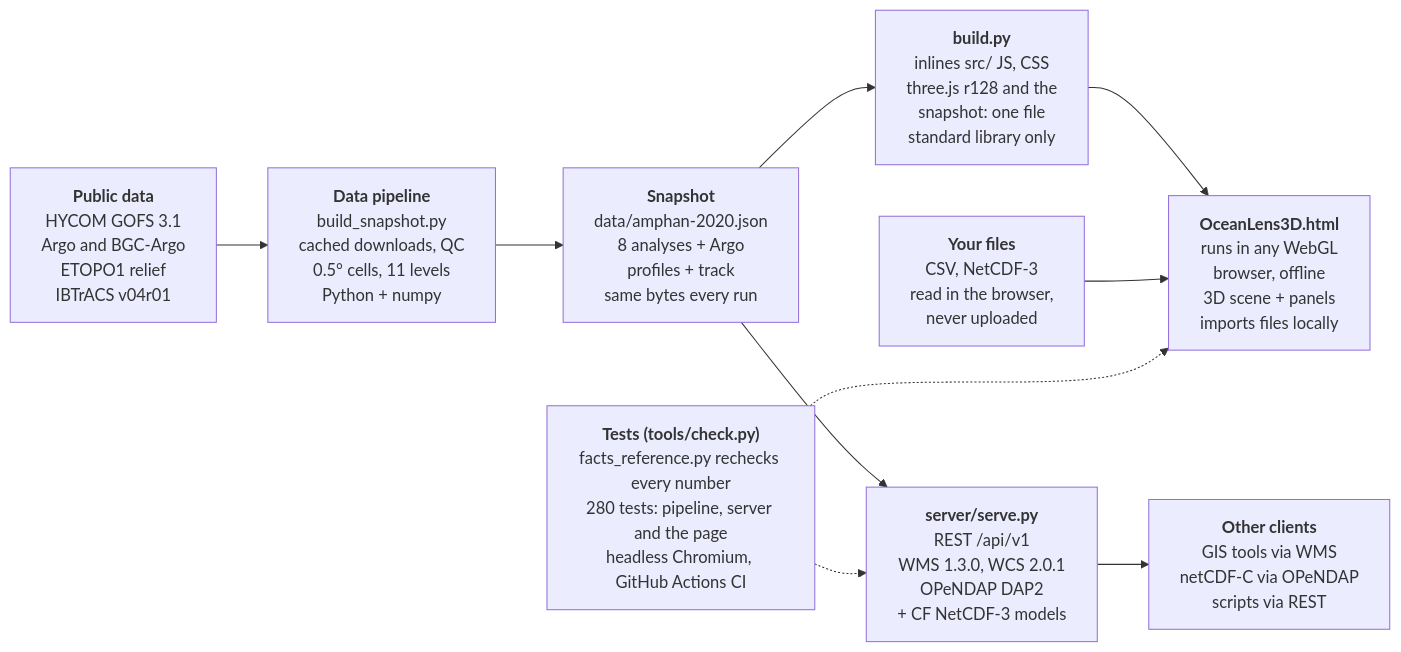
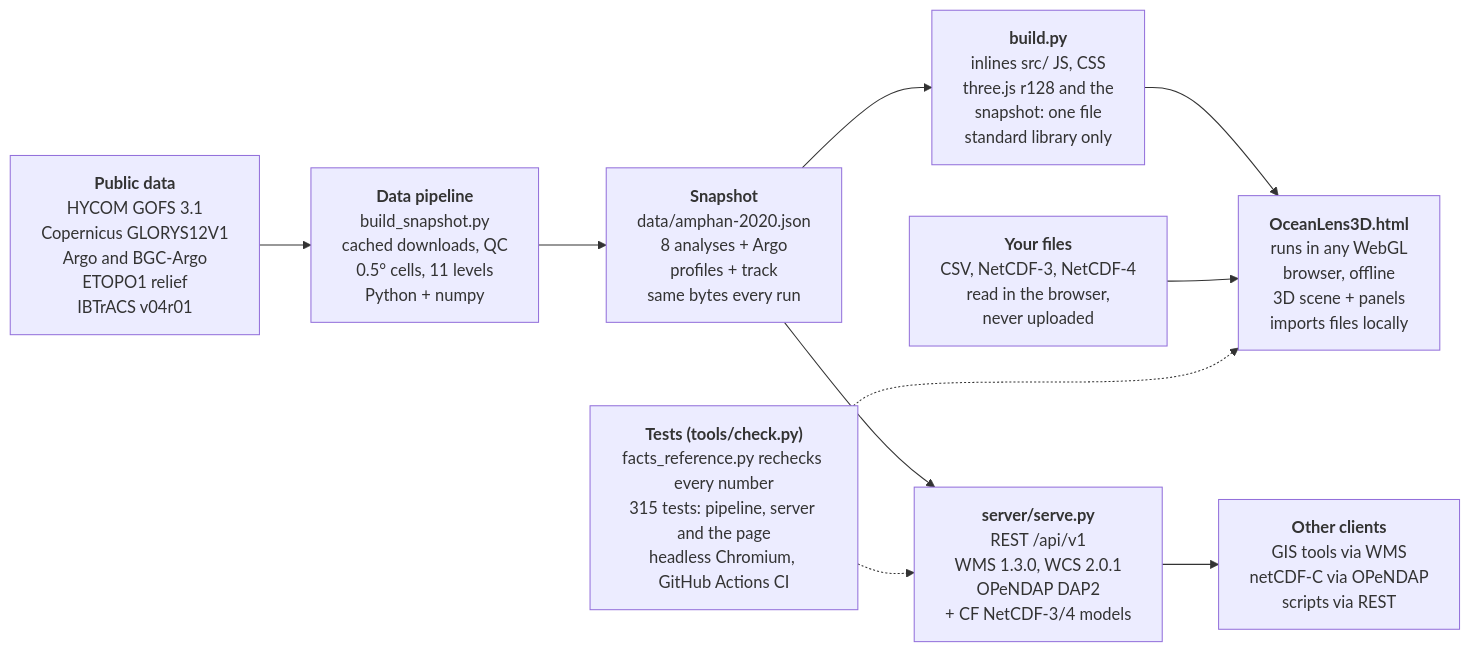
Before and after one commit to Rehaan15790/OceanLens-3D: the second of 2 diagrams in docs/PRESENTER_GUIDE.md, drawn with Mermaid. The commit also changed other lines of this file and 11 other files, not shown here.

````diff
--- a/docs/PRESENTER_GUIDE.md
+++ b/docs/PRESENTER_GUIDE.md
@@ -277,17 +281,17 @@
 ```mermaid
 flowchart LR
-  SRC["<b>Public data</b><br/>HYCOM GOFS 3.1<br/>Argo and BGC-Argo<br/>ETOPO1 relief<br/>IBTrACS v04r01"]
+  SRC["<b>Public data</b><br/>HYCOM GOFS 3.1<br/>Copernicus GLORYS12V1<br/>Argo and BGC-Argo<br/>ETOPO1 relief<br/>IBTrACS v04r01"]
   PIPE["<b>Data pipeline</b><br/>build_snapshot.py<br/>cached downloads, QC<br/>0.5° cells, 11 levels<br/>Python + numpy"]
   SNAP["<b>Snapshot</b><br/>data/amphan-2020.json<br/>8 analyses + Argo<br/>profiles + track<br/>same bytes every run"]
   BUILD["<b>build.py</b><br/>inlines src/ JS, CSS<br/>three.js r128 and the<br/>snapshot: one file<br/>standard library only"]
   APP["<b>OceanLens3D.html</b><br/>runs in any WebGL<br/>browser, offline<br/>3D scene + panels<br/>imports files locally"]
-  SRV["<b>server/serve.py</b><br/>REST /api/v1<br/>WMS 1.3.0, WCS 2.0.1<br/>OPeNDAP DAP2<br/>+ CF NetCDF-3 models"]
+  SRV["<b>server/serve.py</b><br/>REST /api/v1<br/>WMS 1.3.0, WCS 2.0.1<br/>OPeNDAP DAP2<br/>+ CF NetCDF-3/4 models"]
   CLI["<b>Other clients</b><br/>GIS tools via WMS<br/>netCDF-C via OPeNDAP<br/>scripts via REST"]
-  FILES["<b>Your files</b><br/>CSV, NetCDF-3<br/>read in the browser,<br/>never uploaded"]
-  TESTS["<b>Tests (tools/check.py)</b><br/>facts_reference.py rechecks every number<br/>280 tests: pipeline, server and the page<br/>headless Chromium, GitHub Actions CI"]
+  FILES["<b>Your files</b><br/>CSV, NetCDF-3, NetCDF-4<br/>read in the browser,<br/>never uploaded"]
+  TESTS["<b>Tests (tools/check.py)</b><br/>facts_reference.py rechecks every number<br/>315 tests: pipeline, server and the page<br/>headless Chromium, GitHub Actions CI"]
   SRC --> PIPE --> SNAP --> BUILD --> APP
   SNAP --> SRV --> CLI
   FILES --> APP
   TESTS -.-> SRV
   TESTS -.-> APP
 ```
````
